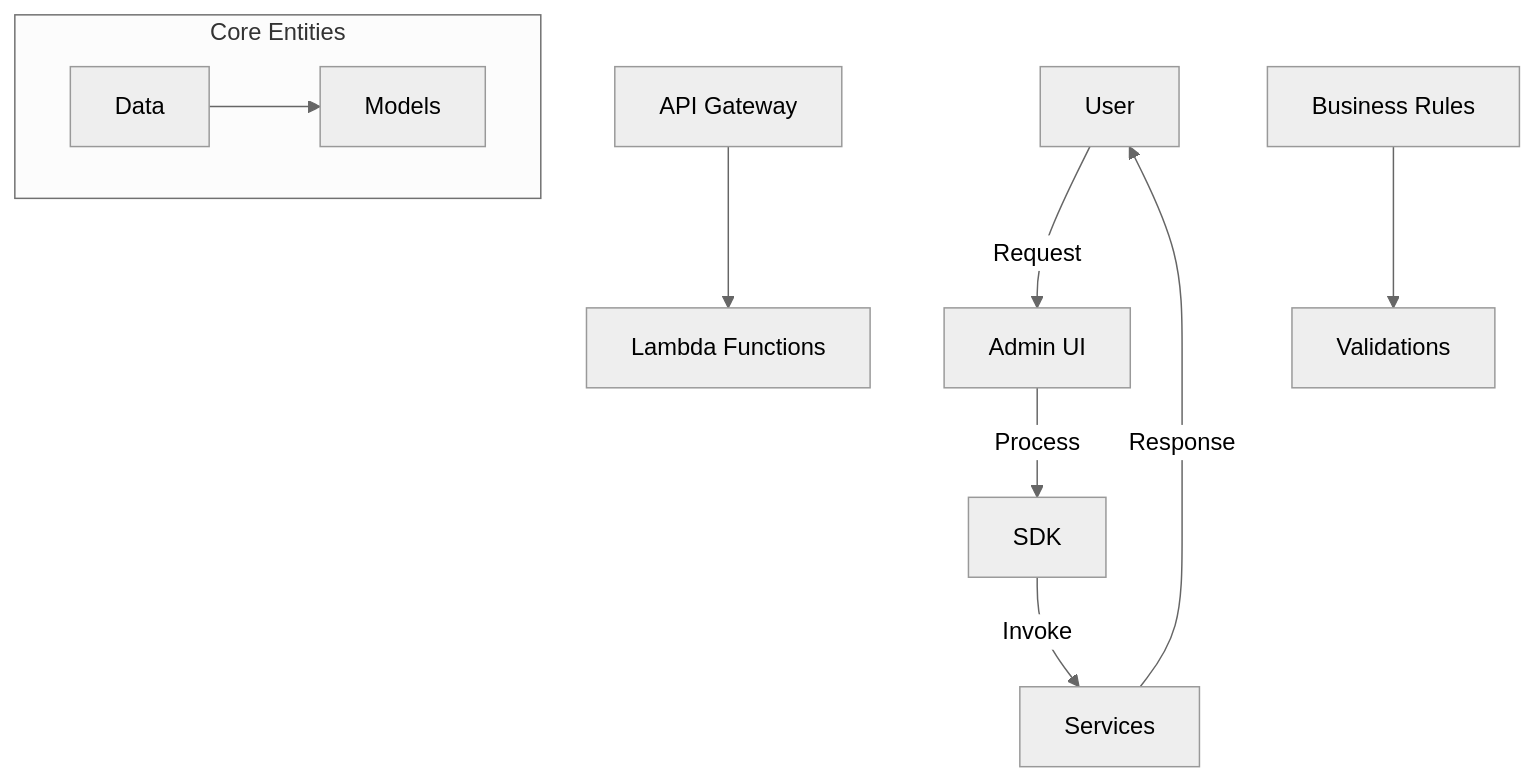
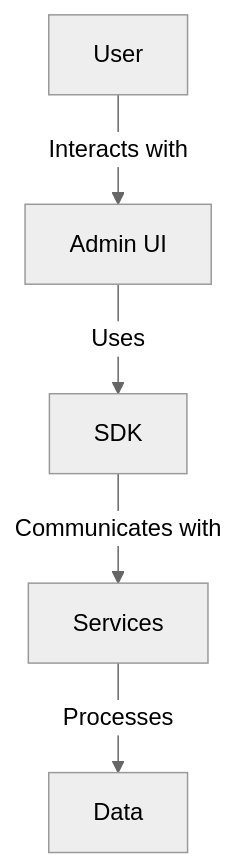
Before and after one commit to ankitnwemp/demo: the diagram in README.md, drawn with Mermaid (neutral theme). The commit also changed other lines of this file, not shown here.

````diff
--- a/README.md
+++ b/README.md
@@ -19,12 +19,7 @@
 ```mermaid
 graph TD;
-    A[User] -->|Request| B[Admin UI];
-    B -->|Process| C[SDK];
-    C -->|Invoke| D[Services];
-    D -->|Response| A;
-    subgraph Core Entities
-    E[Data] --> F[Models];
-    end
-    G[API Gateway] --> H[Lambda Functions];
-    I[Business Rules] --> J[Validations];
+    A[User] -->|Interacts with| B[Admin UI];
+    B -->|Uses| C[SDK];
+    C -->|Communicates with| D[Services];
+    D -->|Processes| E[Data];
 ```
````
